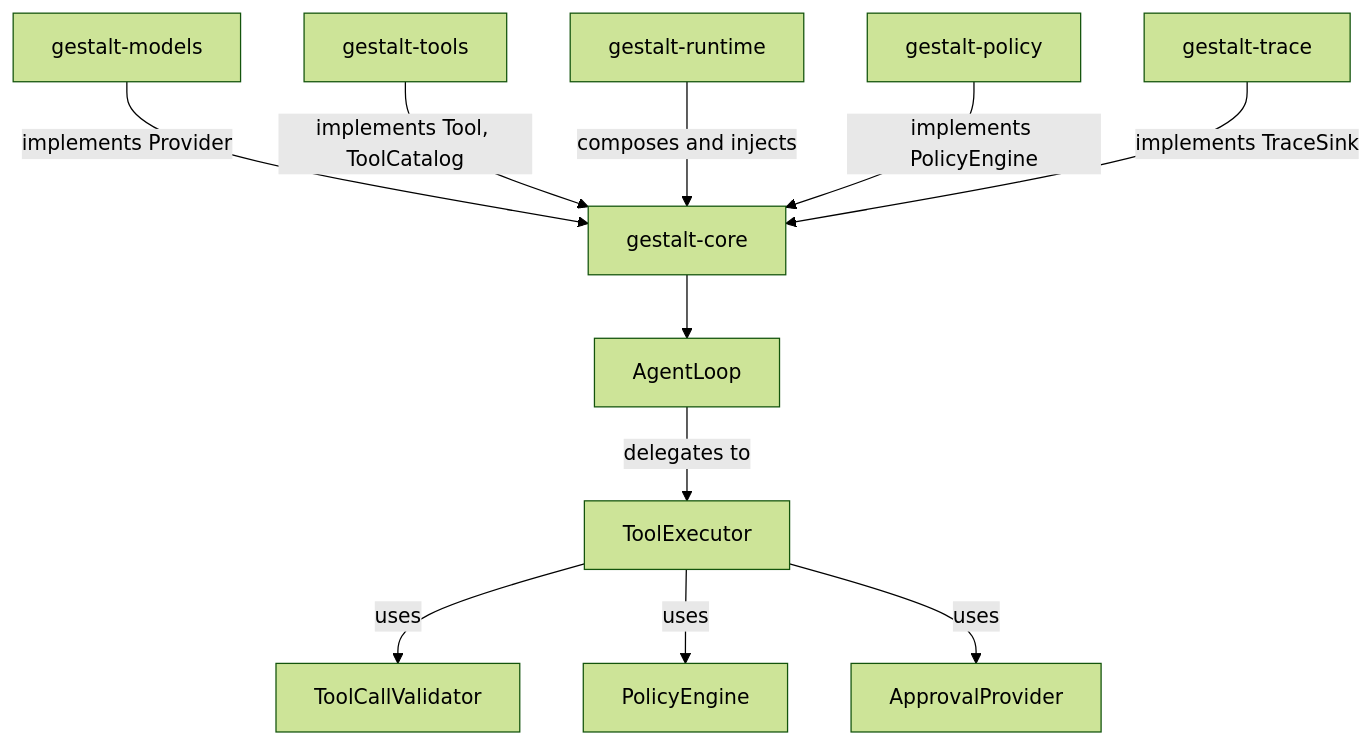
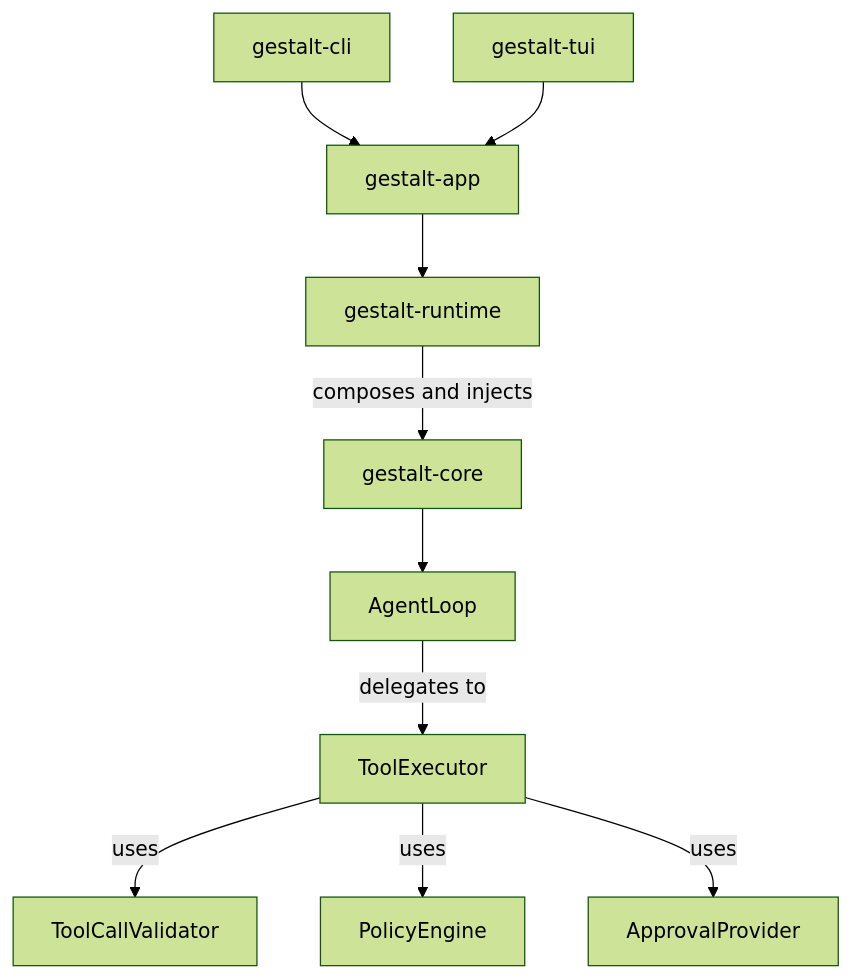
One commit to woshi517/gestalt-harness changed the diagram in crates/gestalt-core/README.md. Above: the diagram before and after it, drawn with Mermaid (forest theme). The commit also changed other lines of this file and 321 other files, not shown here.

````diff
--- a/crates/gestalt-core/README.md
+++ b/crates/gestalt-core/README.md
@@ -13,15 +13,14 @@
 ```mermaid
 graph TD
     Core[gestalt-core]
-    Models[gestalt-models] -->|implements Provider| Core
-    Tools[gestalt-tools] -->|implements Tool, ToolCatalog| Core
     Runtime[gestalt-runtime] -->|composes and injects| Core
-    Policy[gestalt-policy] -->|implements PolicyEngine| Core
-    Trace[gestalt-trace] -->|implements TraceSink| Core
+    App[gestalt-app] --> Runtime
+    Cli[gestalt-cli] --> App
+    Tui[gestalt-tui] --> App
 
     Core --> Loop[AgentLoop]
     Loop -->|delegates to| TE[ToolExecutor]
     TE -->|uses| TV[ToolCallValidator]
     TE -->|uses| PE[PolicyEngine]
     TE -->|uses| AP[ApprovalProvider]
 ```
````
